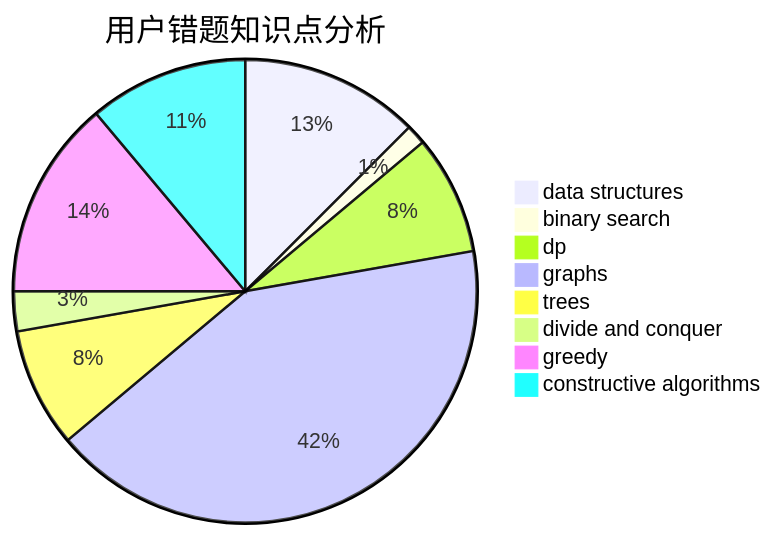
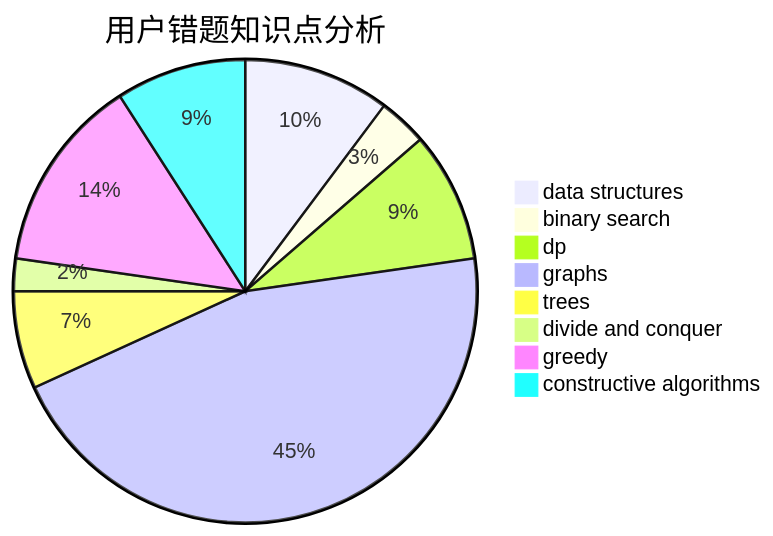
Before and after one commit to sherpahu/cfrs.github.io: the third of 3 diagrams in docs/user/u2159.md, drawn with Mermaid. The commit also changed other lines of this file and 2770 other files, not shown here.

````diff
--- a/docs/user/u2159.md
+++ b/docs/user/u2159.md
@@ -36,11 +36,11 @@
 ```mermaid
 pie title 用户错题知识点分析
     "data structures" :  9
-    "binary search" :  1
-    "dp" :  6
-    "graphs" :  30
+    "binary search" :  3
+    "dp" :  8
+    "graphs" :  40
     "trees" :  6
     "divide and conquer" :  2
-    "greedy" :  10
+    "greedy" :  12
     "constructive algorithms" :  8
 ```
````
